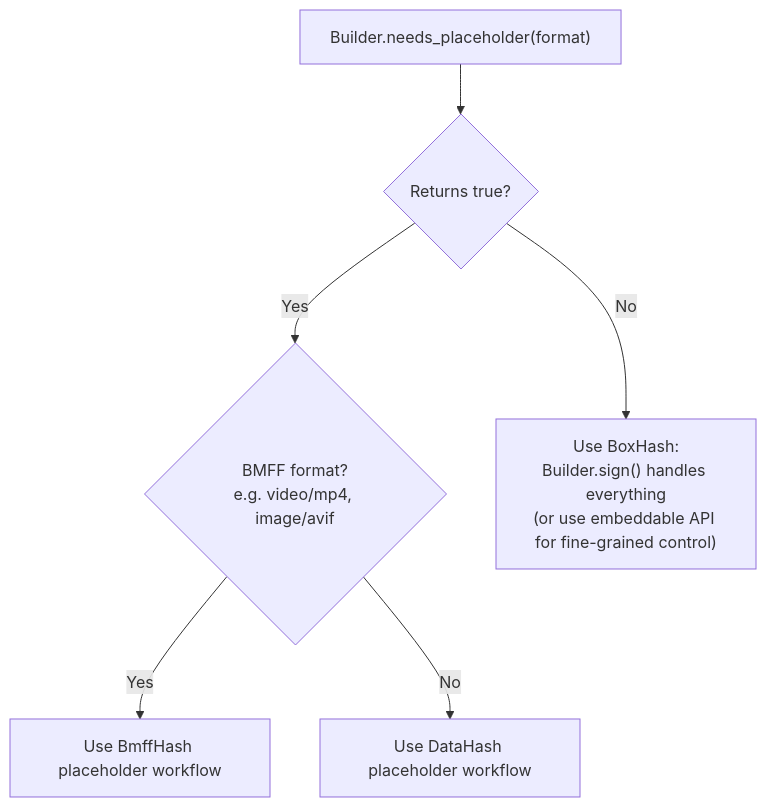
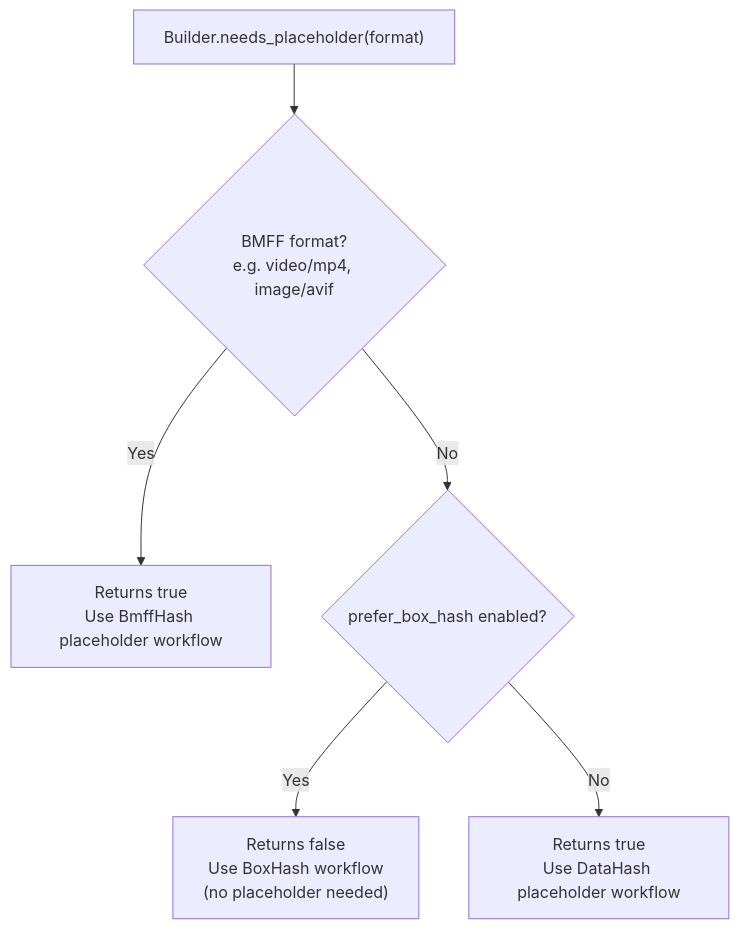
The second of 9 diagrams in docs/embeddable-api.md (contentauth/c2pa-c), drawn with Mermaid before and after one commit. The commit also changed other lines of this file, not shown here.

````diff
--- a/docs/embeddable-api.md
+++ b/docs/embeddable-api.md
@@ -48,8 +64,8 @@
 ```mermaid
 flowchart TD
-    Start["Builder.needs_placeholder(format)"] --> Check{Returns true?}
-    Check -->|Yes| IsBmff{BMFF format?<br/>e.g. video/mp4, image/avif}
-    IsBmff -->|Yes| BmffWorkflow["Use BmffHash placeholder workflow"]
-    IsBmff -->|No| DataHashWorkflow["Use DataHash placeholder workflow"]
-    Check -->|No| BoxHashWorkflow["Use BoxHash:<br/>Builder.sign() handles everything<br/>(or use embeddable API for fine-grained control)"]
+    Start["Builder.needs_placeholder(format)"] --> IsBmff{BMFF format?<br/>e.g. video/mp4, image/avif}
+    IsBmff -->|Yes| BmffWorkflow["Returns true<br/>Use BmffHash placeholder workflow"]
+    IsBmff -->|No| BoxCheck{"prefer_box_hash enabled?"}
+    BoxCheck -->|Yes| BoxHashWorkflow["Returns false<br/>Use BoxHash workflow<br/>(no placeholder needed)"]
+    BoxCheck -->|No| DataHashWorkflow["Returns true<br/>Use DataHash placeholder workflow"]
 ```
````
